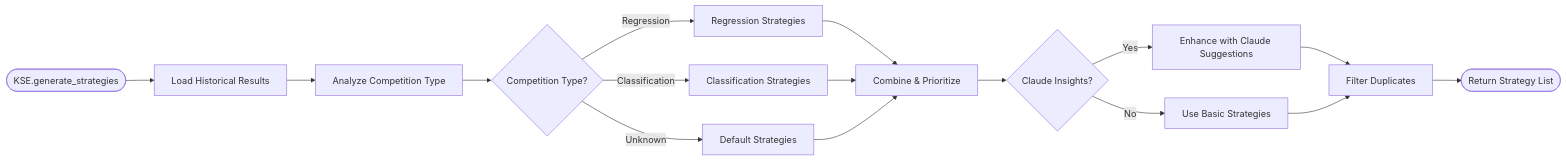
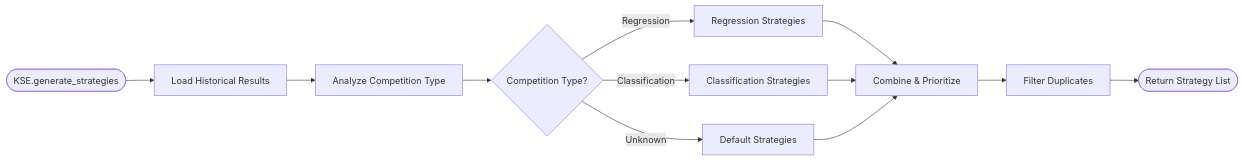
The fifth of 8 diagrams in docs/architecture/SYSTEM_FLOW_DIAGRAM.md (harutasti/kaggle_automation), drawn with Mermaid before and after one commit. The commit also changed other lines of this file and 27 other files, not shown here.

````diff
--- a/docs/architecture/SYSTEM_FLOW_DIAGRAM.md
+++ b/docs/architecture/SYSTEM_FLOW_DIAGRAM.md
@@ -198,24 +186,19 @@
 ```mermaid
 flowchart LR
     Start([KSE.generate_strategies]) --> LoadHistory[Load Historical Results]
     
     LoadHistory --> AnalyzeComp[Analyze Competition Type]
     AnalyzeComp --> CheckType{Competition Type?}
     
     CheckType -->|Regression| RegStrategies[Regression Strategies]
     CheckType -->|Classification| ClassStrategies[Classification Strategies]
     CheckType -->|Unknown| DefaultStrategies[Default Strategies]
     
     RegStrategies --> Combine[Combine & Prioritize]
     ClassStrategies --> Combine
     DefaultStrategies --> Combine
     
-    Combine --> ApplyInsights{Claude Insights?}
-    ApplyInsights -->|Yes| EnhanceWithClaude[Enhance with Claude Suggestions]
-    ApplyInsights -->|No| BasicStrategies[Use Basic Strategies]
-    
-    EnhanceWithClaude --> FilterDuplicates[Filter Duplicates]
-    BasicStrategies --> FilterDuplicates
+    Combine --> FilterDuplicates[Filter Duplicates]
     
     FilterDuplicates --> Return([Return Strategy List])
 ```
````
